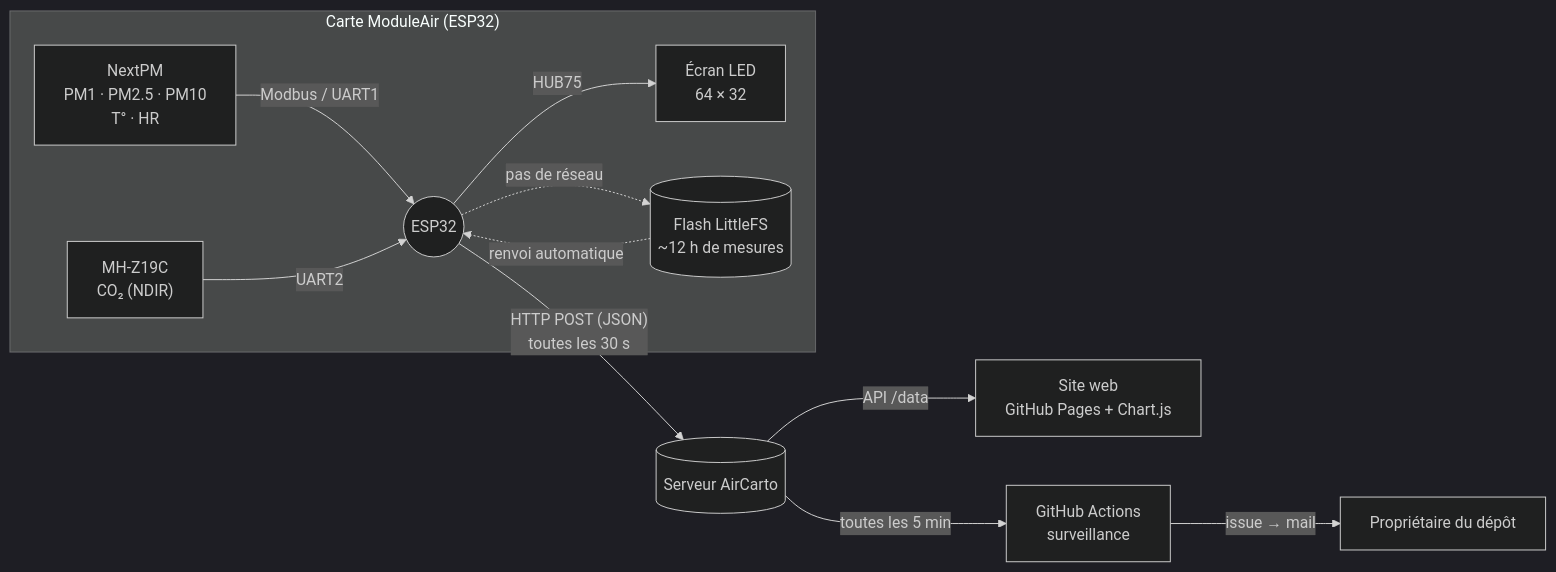
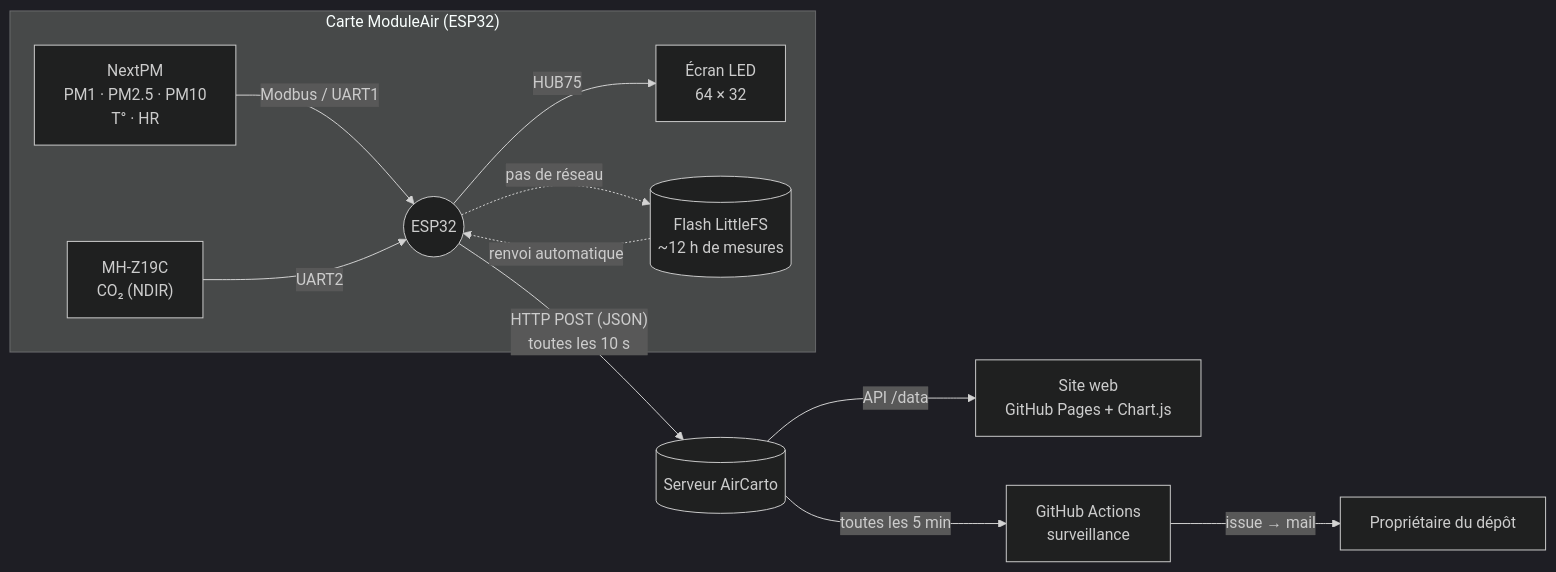
The diagram in README.md (Astraor/0Capteur_Interne_Qualite_Air), drawn with Mermaid (dark theme) before and after one commit. The commit also changed other lines of this file and 5 other files, not shown here.

First line of the commit message:
Mesure chaque seconde, envoi moyenné toutes les ~10 s, confirmation du CO2 > 3000 ppm

````diff
--- a/README.md
+++ b/README.md
@@ -27,14 +27,14 @@
 ```mermaid
 flowchart LR
     subgraph Carte["Carte ModuleAir (ESP32)"]
         PM["NextPM<br/>PM1 · PM2.5 · PM10<br/>T° · HR"] -- Modbus / UART1 --> ESP((ESP32))
         CO2["MH-Z19C<br/>CO₂ (NDIR)"] -- UART2 --> ESP
         ESP -- HUB75 --> LED["Écran LED<br/>64 × 32"]
         ESP -. pas de réseau .-> FS[("Flash LittleFS<br/>~12 h de mesures")]
         FS -. renvoi automatique .-> ESP
     end
-    ESP -- "HTTP POST (JSON)<br/>toutes les 30 s" --> API[("Serveur AirCarto")]
+    ESP -- "HTTP POST (JSON)<br/>toutes les 10 s" --> API[("Serveur AirCarto")]
     API -- "API /data" --> SITE["Site web<br/>GitHub Pages + Chart.js"]
     API -- "toutes les 5 min" --> GHA["GitHub Actions<br/>surveillance"]
     GHA -- "issue → mail" --> MAIL["Propriétaire du dépôt"]
 ```
````
